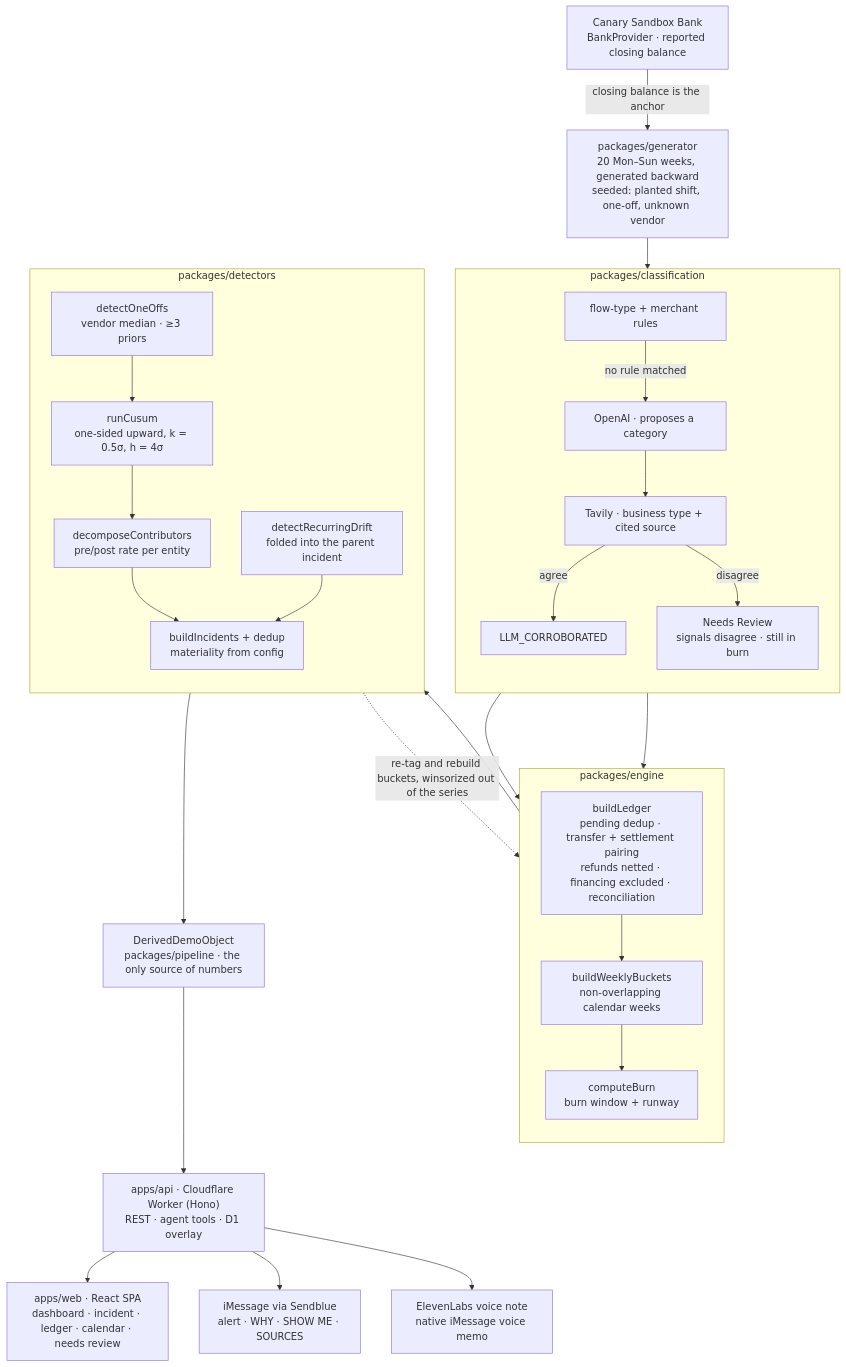
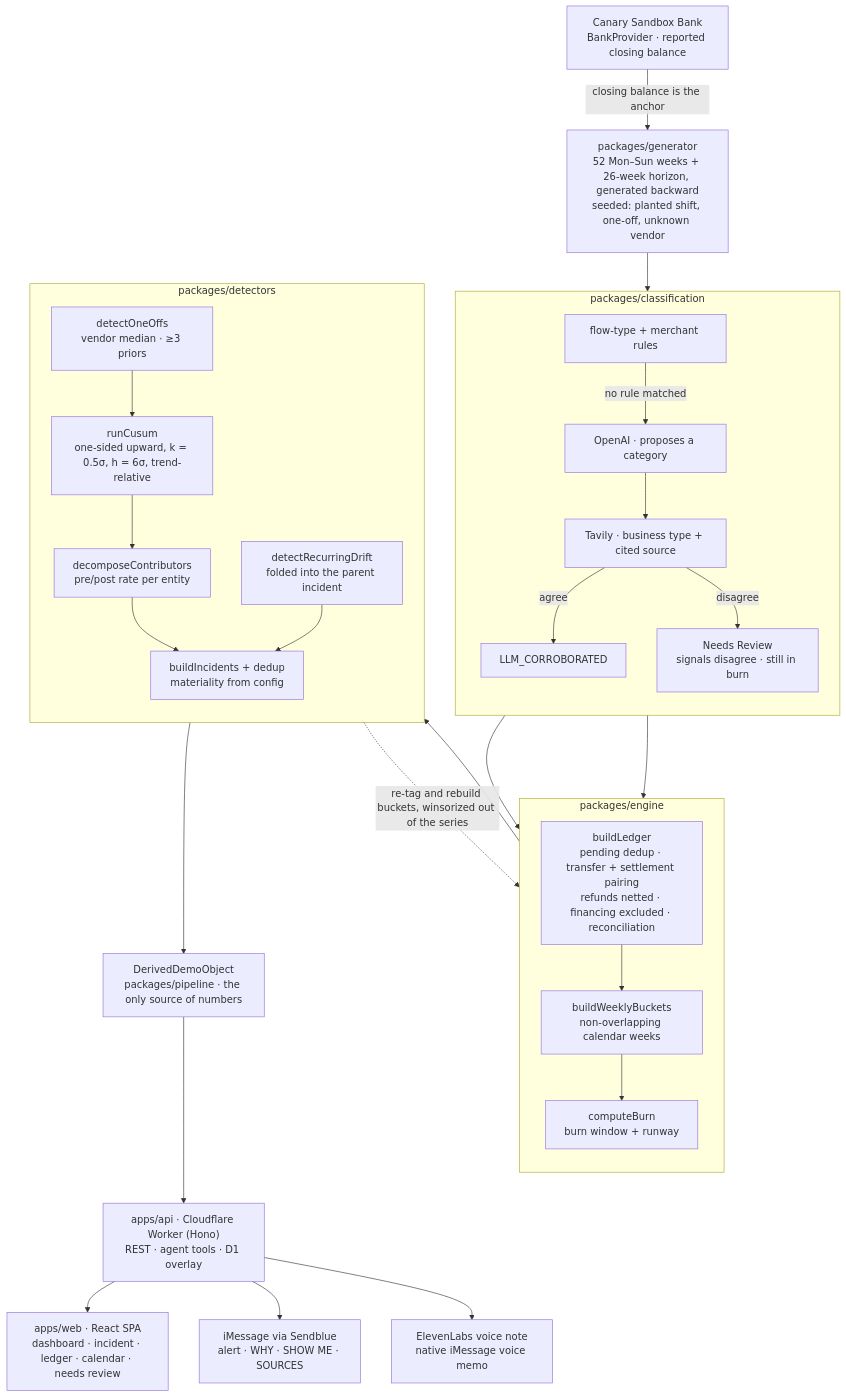
One commit to HahaBill/canary changed the first of 2 diagrams in README.md. Above: the diagram before and after it, drawn with Mermaid. The commit also changed other lines of this file and 11 other files, not shown here.

````diff
--- a/README.md
+++ b/README.md
@@ -113,53 +113,53 @@
 ```mermaid
 flowchart TB
     BANK["Canary Sandbox Bank<br/>BankProvider · reported closing balance"]
-    GEN["packages/generator<br/>20 Mon–Sun weeks, generated backward<br/>seeded: planted shift, one-off, unknown vendor"]
+    GEN["packages/generator<br/>52 Mon–Sun weeks + 26-week horizon, generated backward<br/>seeded: planted shift, one-off, unknown vendor"]
 
     subgraph CLS["packages/classification"]
         direction TB
         RULES["flow-type + merchant rules"]
         OAI["OpenAI · proposes a category"]
         TAV["Tavily · business type + cited source"]
         NR["Needs Review<br/>signals disagree · still in burn"]
         RULES -->|no rule matched| OAI --> TAV
         TAV -->|agree| OK["LLM_CORROBORATED"]
         TAV -->|disagree| NR
     end
 
     subgraph ENG["packages/engine"]
         direction TB
         LED["buildLedger<br/>pending dedup · transfer + settlement pairing<br/>refunds netted · financing excluded · reconciliation"]
         WK["buildWeeklyBuckets<br/>non-overlapping calendar weeks"]
         BURN["computeBurn<br/>burn window + runway"]
         LED --> WK --> BURN
     end
 
     subgraph DET["packages/detectors"]
         direction TB
         OFF["detectOneOffs<br/>vendor median · ≥3 priors"]
-        CUS["runCusum<br/>one-sided upward, k = 0.5σ, h = 4σ"]
+        CUS["runCusum<br/>one-sided upward, k = 0.5σ, h = 6σ, trend-relative"]
         DEC["decomposeContributors<br/>pre/post rate per entity"]
         DRIFT["detectRecurringDrift<br/>folded into the parent incident"]
         INC["buildIncidents + dedup<br/>materiality from config"]
         OFF --> CUS --> DEC --> INC
         DRIFT --> INC
     end
 
     DDO["DerivedDemoObject<br/>packages/pipeline · the only source of numbers"]
     API["apps/api · Cloudflare Worker (Hono)<br/>REST · agent tools · D1 overlay"]
     WEB["apps/web · React SPA<br/>dashboard · incident · ledger · calendar · needs review"]
     IM["iMessage via Sendblue<br/>alert · WHY · SHOW ME · SOURCES"]
     VOICE["ElevenLabs voice note<br/>native iMessage voice memo"]
 
     BANK -->|closing balance is the anchor| GEN
     GEN --> RULES
     OK --> LED
     NR --> LED
     BURN --> OFF
     OFF -.->|re-tag and rebuild buckets, winsorized out of the series| LED
     INC --> DDO
     DDO --> API
     API --> WEB
     API --> IM
     API --> VOICE
 ```
````
